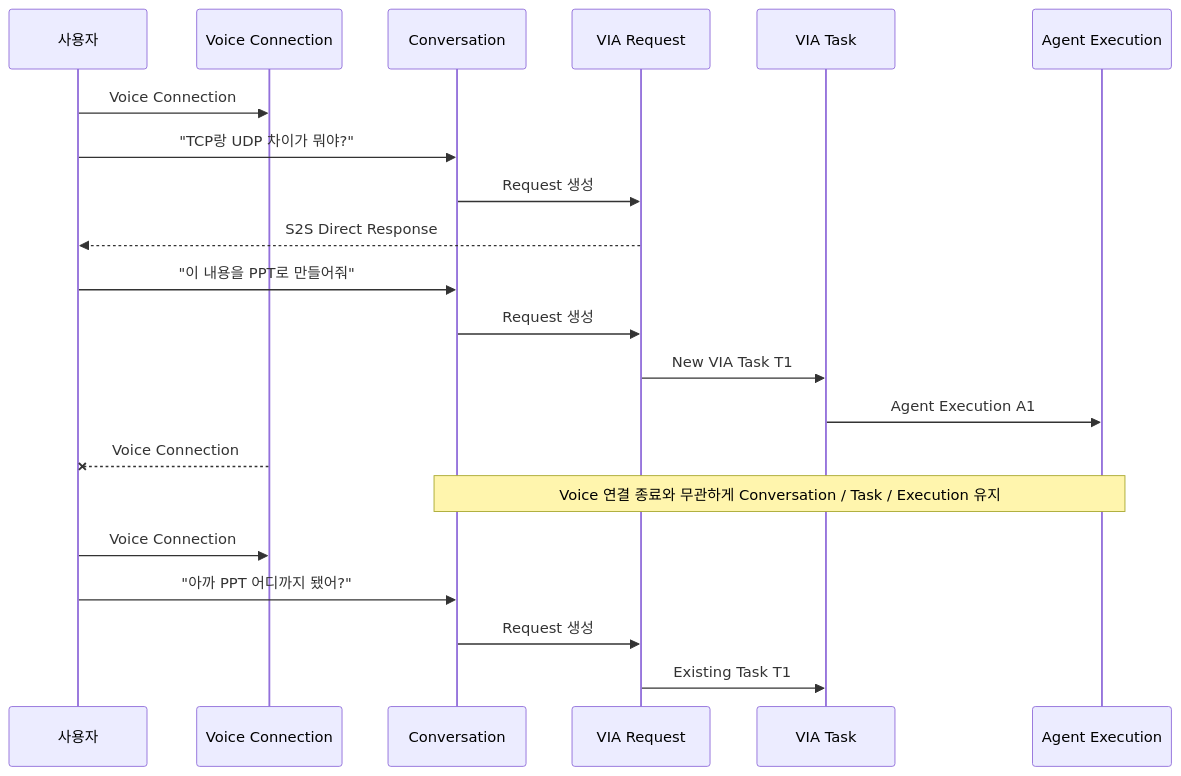
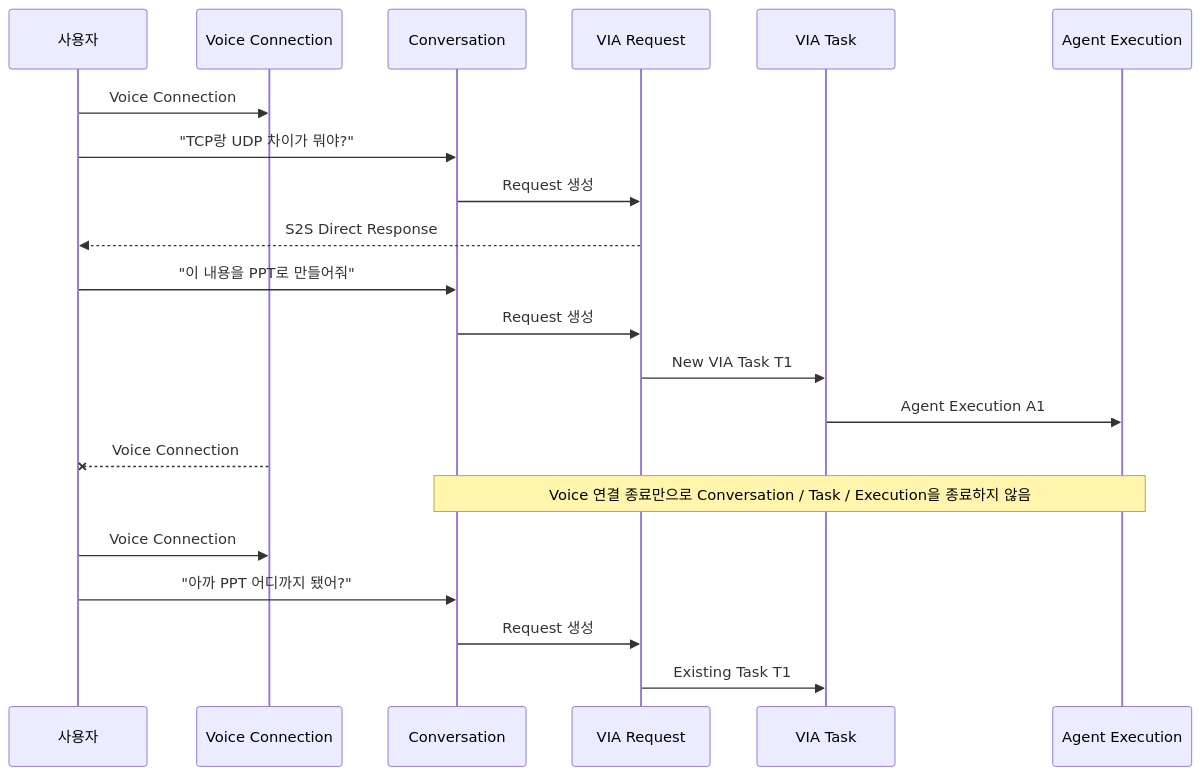
The fourth of 5 diagrams in docs/rebaseline/02-terms.md (cbyche/via-sw-architecture), drawn with Mermaid before and after one commit. The commit also changed other lines of this file, not shown here.

````diff
--- a/docs/rebaseline/02-terms.md
+++ b/docs/rebaseline/02-terms.md
@@ -216,27 +238,27 @@
 ```mermaid
 sequenceDiagram
     participant U as 사용자
     participant V as Voice Connection
     participant C as Conversation
     participant R as VIA Request
     participant T as VIA Task
     participant A as Agent Execution
 
     U->>V: Voice Connection #1 시작
     U->>C: "TCP랑 UDP 차이가 뭐야?"
     C->>R: Request 생성
     R-->>U: S2S Direct Response
 
     U->>C: "이 내용을 PPT로 만들어줘"
     C->>R: Request 생성
     R->>T: New VIA Task T1
     T->>A: Agent Execution A1
 
     V--xU: Voice Connection #1 종료
-    Note over C,A: Voice 연결 종료와 무관하게 Conversation / Task / Execution 유지
+    Note over C,A: Voice 연결 종료만으로 Conversation / Task / Execution을 종료하지 않음
 
     U->>V: Voice Connection #2 시작
     U->>C: "아까 PPT 어디까지 됐어?"
     C->>R: Request 생성
     R->>T: Existing Task T1
 ```
````
